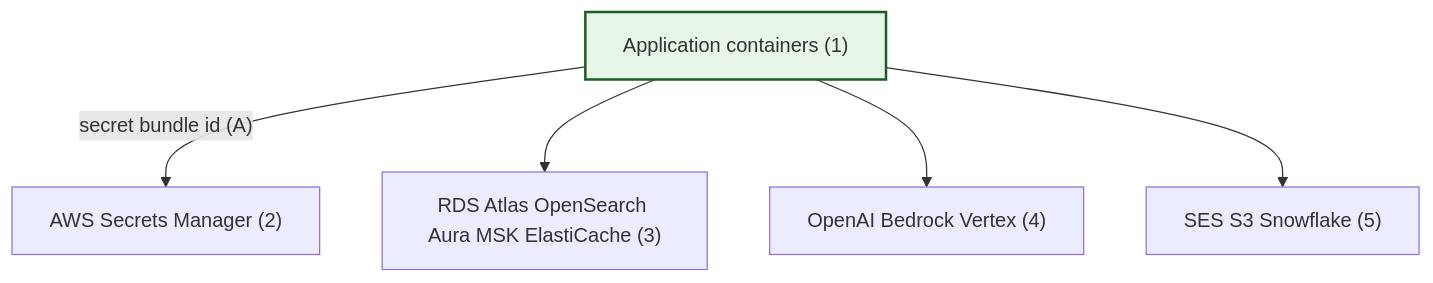
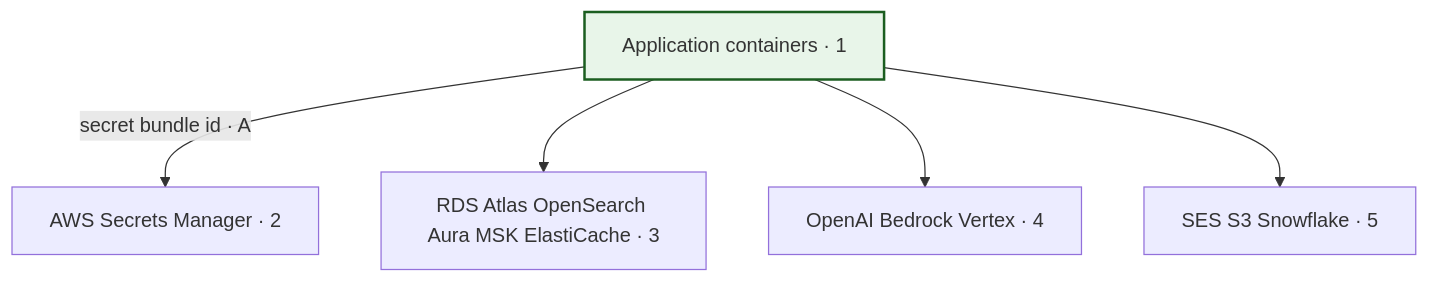
One commit to OferElboher/suspicious-email-triage changed the eighth of 9 diagrams in docs/arch_guide_system_flowchart.md. Above: the diagram before and after it, drawn with Mermaid. The commit also changed other lines of this file and 18 other files, not shown here.

First line of the commit message:
Align flowchart Mermaid syntax with comprehensive guide arrowheads.

````diff
--- a/docs/arch_guide_system_flowchart.md
+++ b/docs/arch_guide_system_flowchart.md
@@ -524,17 +524,17 @@
 ```mermaid
 flowchart TB
   classDef flowEntry fill:#e8f5e9,stroke:#1b5e20,stroke-width:2px
 
-  APP["Application containers (1)"]
-  SM["AWS Secrets Manager (2)"]
-  DATA["RDS Atlas OpenSearch Aura MSK ElastiCache (3)"]
-  AI["OpenAI Bedrock Vertex (4)"]
-  OUT["SES S3 Snowflake (5)"]
+  APP["Application containers · 1"]
+  SM["AWS Secrets Manager · 2"]
+  DATA["RDS Atlas OpenSearch Aura MSK ElastiCache · 3"]
+  AI["OpenAI Bedrock Vertex · 4"]
+  OUT["SES S3 Snowflake · 5"]
 
-  APP -->|"secret bundle id (A)"| SM
+  APP -->|secret bundle id · A| SM
   APP --> DATA
   APP --> AI
   APP --> OUT
 
   class APP flowEntry
 ```
````
